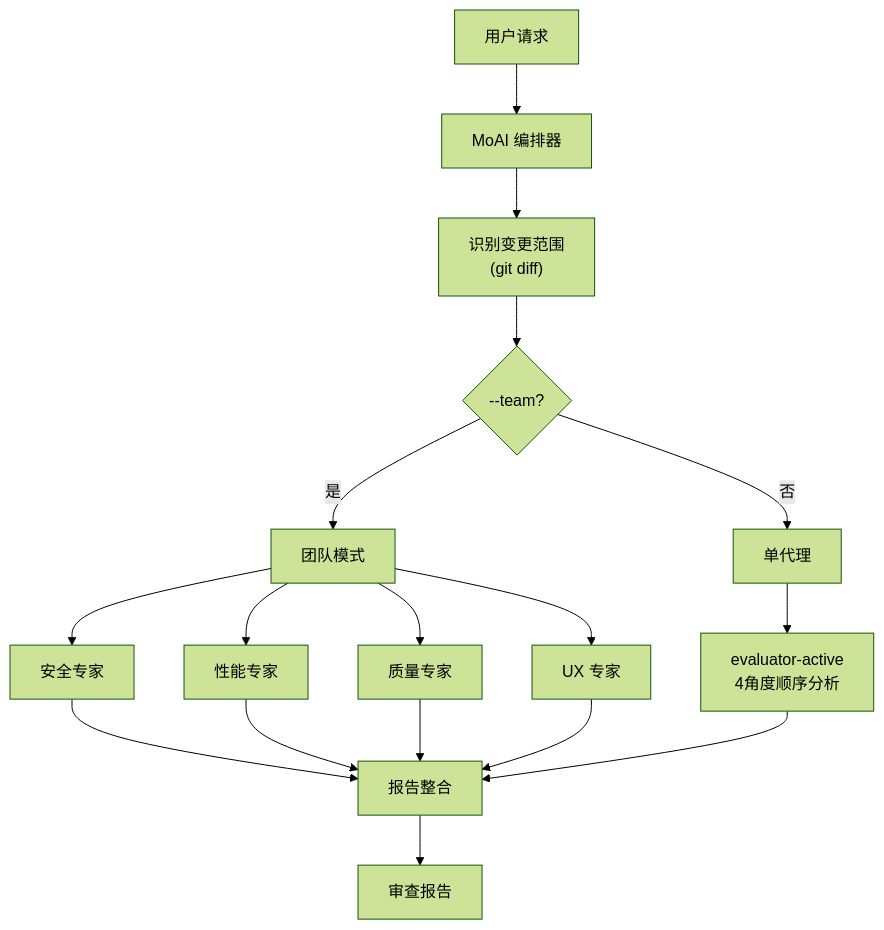
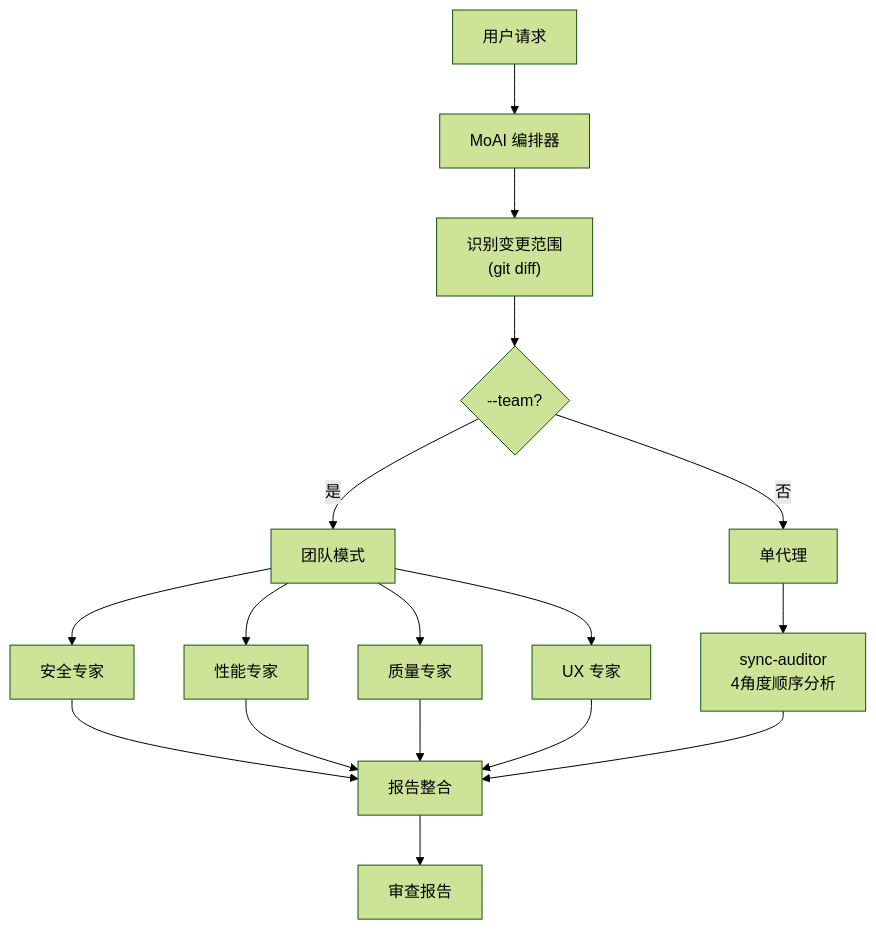
The second of 2 diagrams in docs-site/content/zh/quality-commands/moai-review.md (modu-ai/moai-adk), drawn with Mermaid (forest theme) before and after one commit. The commit also changed other lines of this file and 149 other files, not shown here.

First line of the commit message:
chore(agents): evaluator-active를 sync-auditor로 rename (plan-auditor phase 대칭)

````diff
--- a/docs-site/content/zh/quality-commands/moai-review.md
+++ b/docs-site/content/zh/quality-commands/moai-review.md
@@ -223,24 +223,24 @@
 ```mermaid
 flowchart TD
     User["用户请求"] --> MoAI["MoAI 编排器"]
     MoAI --> Identify["识别变更范围<br/>(git diff)"]
     Identify --> Agent{"--team?"}
 
     Agent -->|是| Team["团队模式"]
     Agent -->|否| Single["单代理"]
 
     Team --> R1["安全专家"]
     Team --> R2["性能专家"]
     Team --> R3["质量专家"]
     Team --> R4["UX 专家"]
 
-    Single --> Quality["evaluator-active<br/>4角度顺序分析"]
+    Single --> Quality["sync-auditor<br/>4角度顺序分析"]
 
     R1 --> Consolidate["报告整合"]
     R2 --> Consolidate
     R3 --> Consolidate
     R4 --> Consolidate
     Quality --> Consolidate
 
     Consolidate --> Report["审查报告"]
 ```
````
